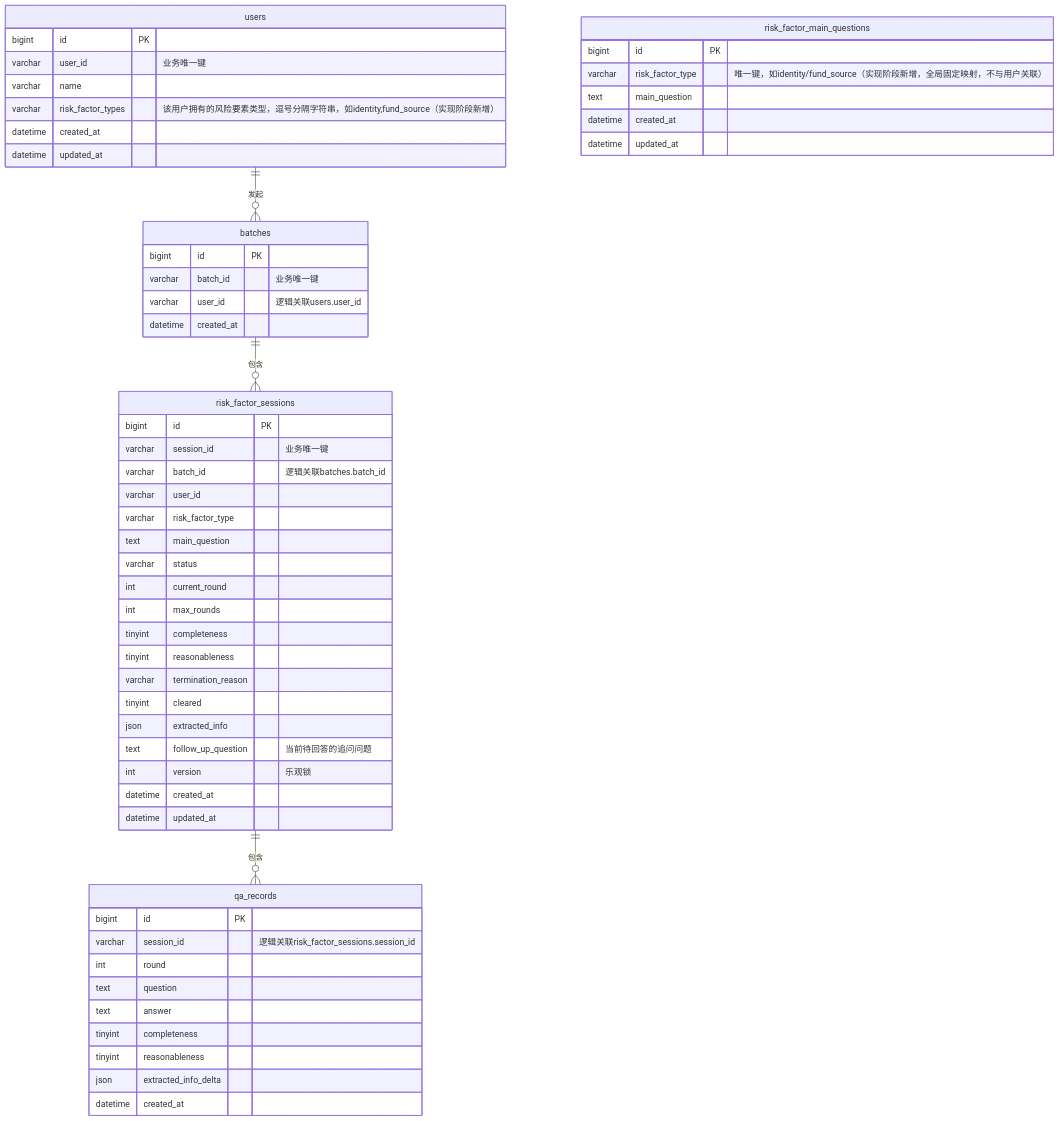
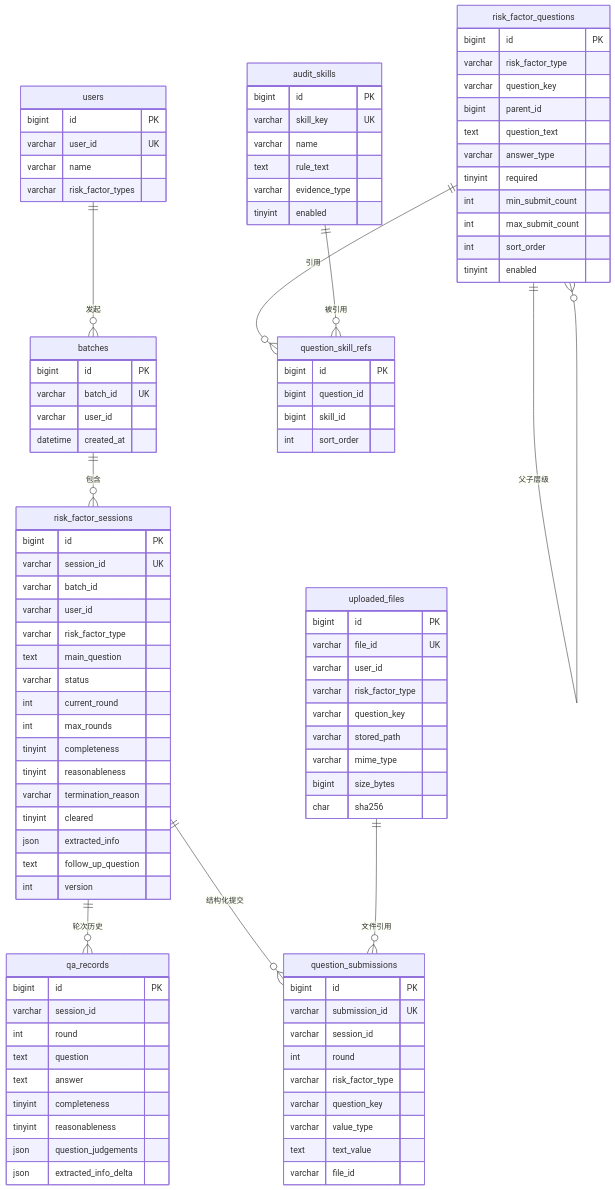
The fourth of 4 diagrams in docs/DESIGN.md (NoxiouSi/eino-risk-qa), drawn with Mermaid before and after one commit. The commit also changed other lines of this file and 18 other files, not shown here.

````diff
--- a/docs/DESIGN.md
+++ b/docs/DESIGN.md
@@ -507,26 +550,29 @@
 erDiagram
     users ||--o{ batches : "发起"
     batches ||--o{ risk_factor_sessions : "包含"
-    risk_factor_sessions ||--o{ qa_records : "包含"
+    risk_factor_sessions ||--o{ qa_records : "轮次历史"
+    risk_factor_sessions ||--o{ question_submissions : "结构化提交"
+    risk_factor_questions ||--o{ risk_factor_questions : "父子层级"
+    risk_factor_questions ||--o{ question_skill_refs : "引用"
+    audit_skills ||--o{ question_skill_refs : "被引用"
+    uploaded_files ||--o{ question_submissions : "文件引用"
 
     users {
         bigint id PK
-        varchar user_id "业务唯一键"
+        varchar user_id UK
         varchar name
-        varchar risk_factor_types "该用户拥有的风险要素类型，逗号分隔字符串，如identity,fund_source（实现阶段新增）"
-        datetime created_at
-        datetime updated_at
+        varchar risk_factor_types
     }
     batches {
         bigint id PK
-        varchar batch_id "业务唯一键"
-        varchar user_id "逻辑关联users.user_id"
+        varchar batch_id UK
+        varchar user_id
         datetime created_at
     }
     risk_factor_sessions {
         bigint id PK
-        varchar session_id "业务唯一键"
-        varchar batch_id "逻辑关联batches.batch_id"
+        varchar session_id UK
+        varchar batch_id
         varchar user_id
         varchar risk_factor_type
         text main_question
@@ -538,27 +584,67 @@
         varchar termination_reason
         tinyint cleared
         json extracted_info
-        text follow_up_question "当前待回答的追问问题"
-        int version "乐观锁"
-        datetime created_at
-        datetime updated_at
+        text follow_up_question
+        int version
     }
     qa_records {
         bigint id PK
-        varchar session_id "逻辑关联risk_factor_sessions.session_id"
+        varchar session_id
         int round
         text question
         text answer
         tinyint completeness
         tinyint reasonableness
+        json question_judgements
         json extracted_info_delta
-        datetime created_at
     }
-    risk_factor_main_questions {
+    risk_factor_questions {
         bigint id PK
-        varchar risk_factor_type "唯一键，如identity/fund_source（实现阶段新增，全局固定映射，不与用户关联）"
-        text main_question
-        datetime created_at
-        datetime updated_at
+        varchar risk_factor_type
+        varchar question_key
+        bigint parent_id
+        text question_text
+        varchar answer_type
+        tinyint required
+        int min_submit_count
+        int max_submit_count
+        int sort_order
+        tinyint enabled
+    }
+    audit_skills {
+        bigint id PK
+        varchar skill_key UK
+        varchar name
+        text rule_text
+        varchar evidence_type
+        tinyint enabled
+    }
+    question_skill_refs {
+        bigint id PK
+        bigint question_id
+        bigint skill_id
+        int sort_order
+    }
+    uploaded_files {
+        bigint id PK
+        varchar file_id UK
+        varchar user_id
+        varchar risk_factor_type
+        varchar question_key
+        varchar stored_path
+        varchar mime_type
+        bigint size_bytes
+        char sha256
+    }
+    question_submissions {
+        bigint id PK
+        varchar submission_id UK
+        varchar session_id
+        int round
+        varchar risk_factor_type
+        varchar question_key
+        varchar value_type
+        text text_value
+        varchar file_id
     }
 ```
````
